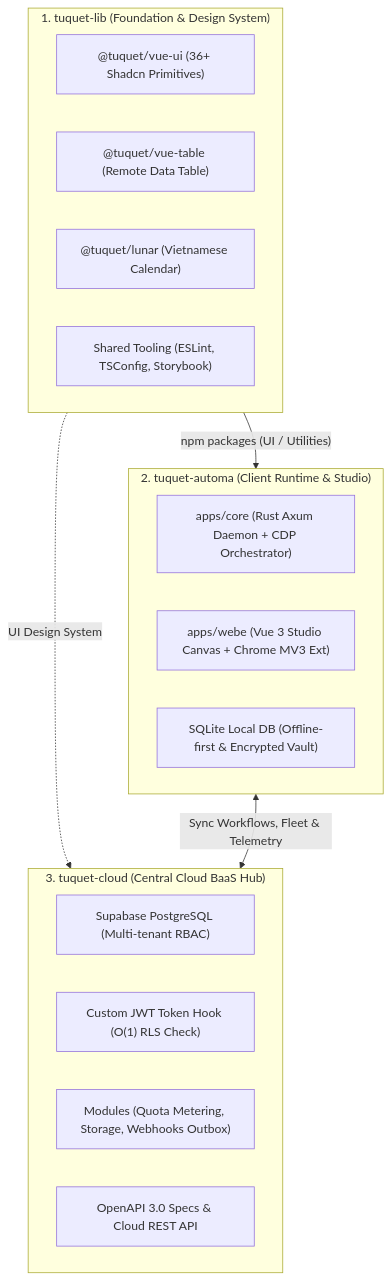
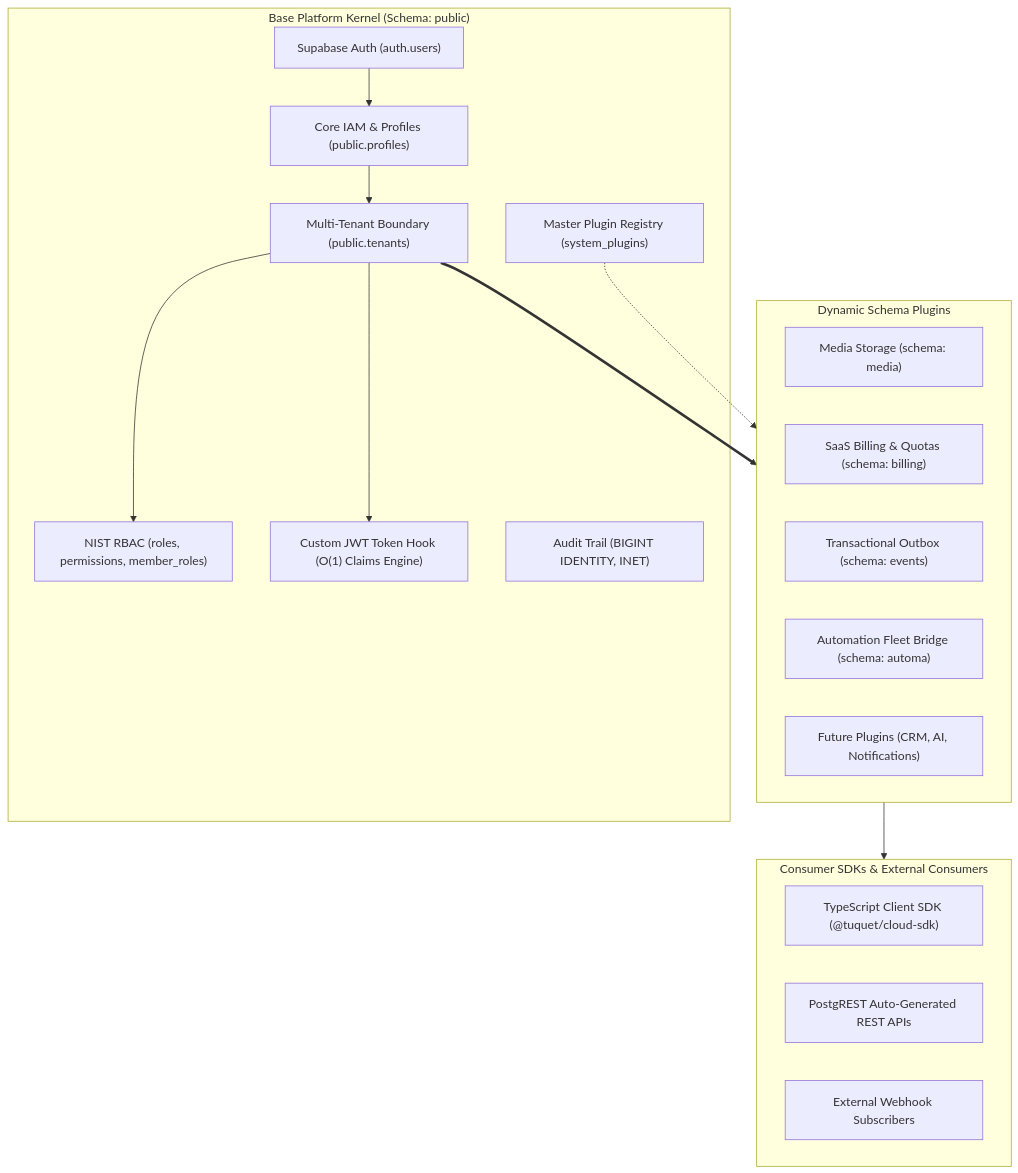
The diagram in ROADMAP.md (tuquet/cloud), drawn with Mermaid before and after one commit. The commit also changed other lines of this file and 9 other files, not shown here.

Commit message:
docs: standardize documentation to 100% English, decouple micro-kernel architecture and refine backend roadmap

````diff
--- a/ROADMAP.md
+++ b/ROADMAP.md
@@ -11,26 +10,32 @@
 ```mermaid
 flowchart TD
-    subgraph LIB["1. tuquet-lib (Foundation & Design System)"]
-        UI["@tuquet/vue-ui (36+ Shadcn Primitives)"]
-        TABLE["@tuquet/vue-table (Remote Data Table)"]
-        LUNAR["@tuquet/lunar (Vietnamese Calendar)"]
-        TOOLING["Shared Tooling (ESLint, TSConfig, Storybook)"]
+    subgraph CORE["Base Platform Kernel (Schema: public)"]
+        AUTH["Supabase Auth (auth.users)"]
+        IAM["Core IAM & Profiles (public.profiles)"]
+        TENANTS["Multi-Tenant Boundary (public.tenants)"]
+        RBAC["NIST RBAC (roles, permissions, member_roles)"]
+        JWT["Custom JWT Token Hook (O(1) Claims Engine)"]
+        AUDIT["Audit Trail (BIGINT IDENTITY, INET)"]
+        REGISTRY["Master Plugin Registry (system_plugins)"]
     end
 
-    subgraph AUTOMA["2. tuquet-automa (Client Runtime & Studio)"]
-        CORE["apps/core (Rust Axum Daemon + CDP Orchestrator)"]
-        WEBE["apps/webe (Vue 3 Studio Canvas + Chrome MV3 Ext)"]
-        LOCAL_DB["SQLite Local DB (Offline-first & Encrypted Vault)"]
+    subgraph PLUGINS["Dynamic Schema Plugins"]
+        MEDIA["Media Storage (schema: media)"]
+        BILLING["SaaS Billing & Quotas (schema: billing)"]
+        EVENTS["Transactional Outbox (schema: events)"]
+        AUTOMA["Automation Fleet Bridge (schema: automa)"]
+        CUSTOM["Future Plugins (CRM, AI, Notifications)"]
     end
 
-    subgraph CLOUD["3. tuquet-cloud (Central Cloud BaaS Hub)"]
-        SUPABASE["Supabase PostgreSQL (Multi-tenant RBAC)"]
-        JWT["Custom JWT Token Hook (O(1) RLS Check)"]
-        MODULES["Modules (Quota Metering, Storage, Webhooks Outbox)"]
-        OPENAPI["OpenAPI 3.0 Specs & Cloud REST API"]
+    subgraph CLIENTS["Consumer SDKs & External Consumers"]
+        TS_SDK["TypeScript Client SDK (@tuquet/cloud-sdk)"]
+        REST["PostgREST Auto-Generated REST APIs"]
+        WEBHOOKS["External Webhook Subscribers"]
     end
 
-    LIB -->|"npm packages (UI / Utilities)"| AUTOMA
-    LIB -.->|"UI Design System"| CLOUD
-    AUTOMA <-->|"Sync Workflows, Fleet & Telemetry"| CLOUD
+    AUTH --> IAM --> TENANTS --> RBAC
+    TENANTS --> JWT
+    TENANTS ==> PLUGINS
+    REGISTRY -.-> PLUGINS
+    PLUGINS --> CLIENTS
 ```
````
